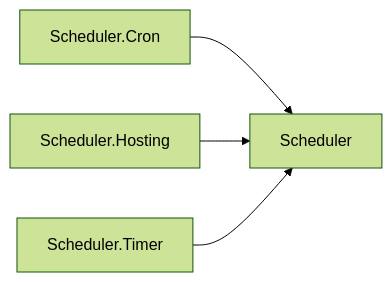
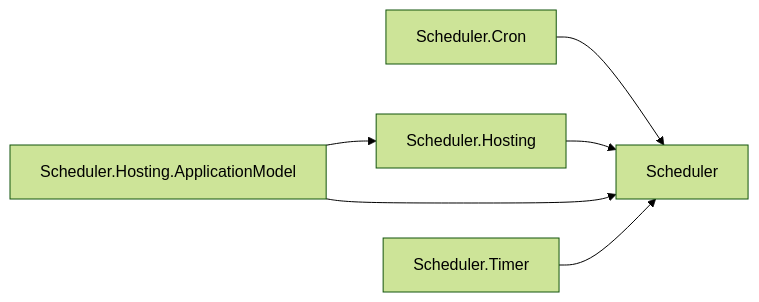
Diagram 25 of 27 in docs/DEPENDENCIES.md (assimalign/cohesion), drawn with Mermaid (forest theme) before and after one commit. The commit also changed other lines of this file and 454 other files, not shown here.

First line of the commit message:
feat(resources): give every resource area a Hosting.ApplicationModel integration

````diff
--- a/docs/DEPENDENCIES.md
+++ b/docs/DEPENDENCIES.md
@@ -894,10 +945,13 @@
 ```mermaid
 flowchart LR
     N0["Scheduler"]
     N1["Scheduler.Cron"]
     N2["Scheduler.Hosting"]
-    N3["Scheduler.Timer"]
+    N3["Scheduler.Hosting.ApplicationModel"]
+    N4["Scheduler.Timer"]
     N1 --> N0
     N2 --> N0
     N3 --> N0
+    N3 --> N2
+    N4 --> N0
 ```
````
